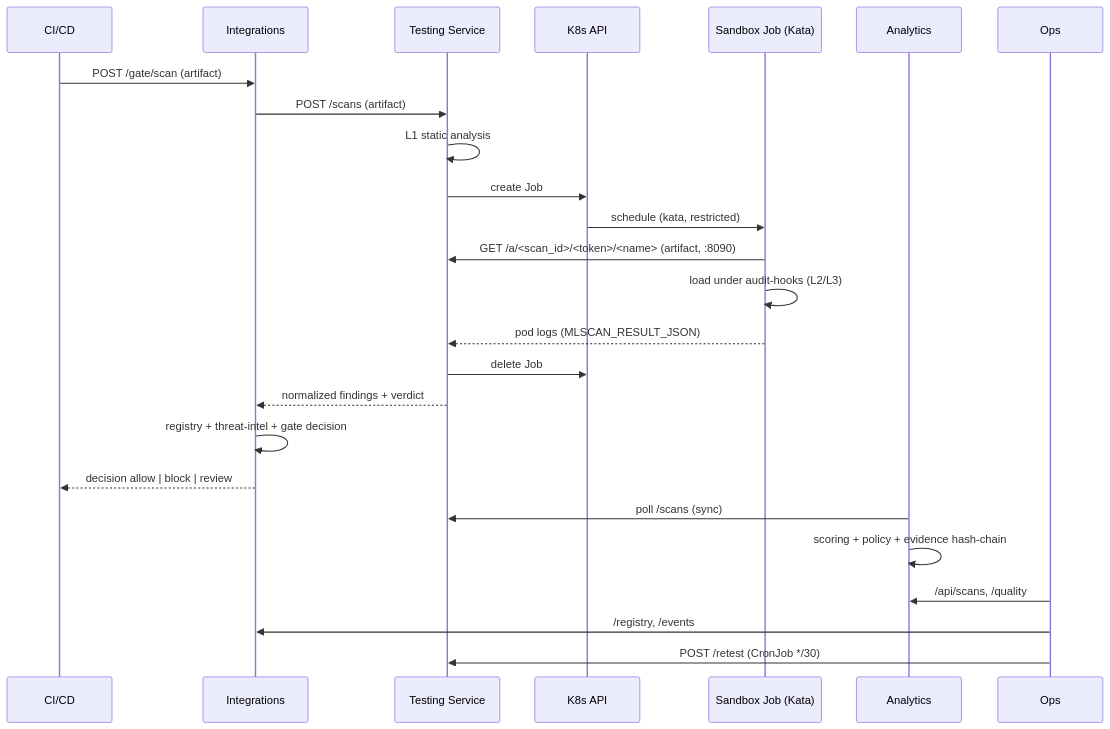
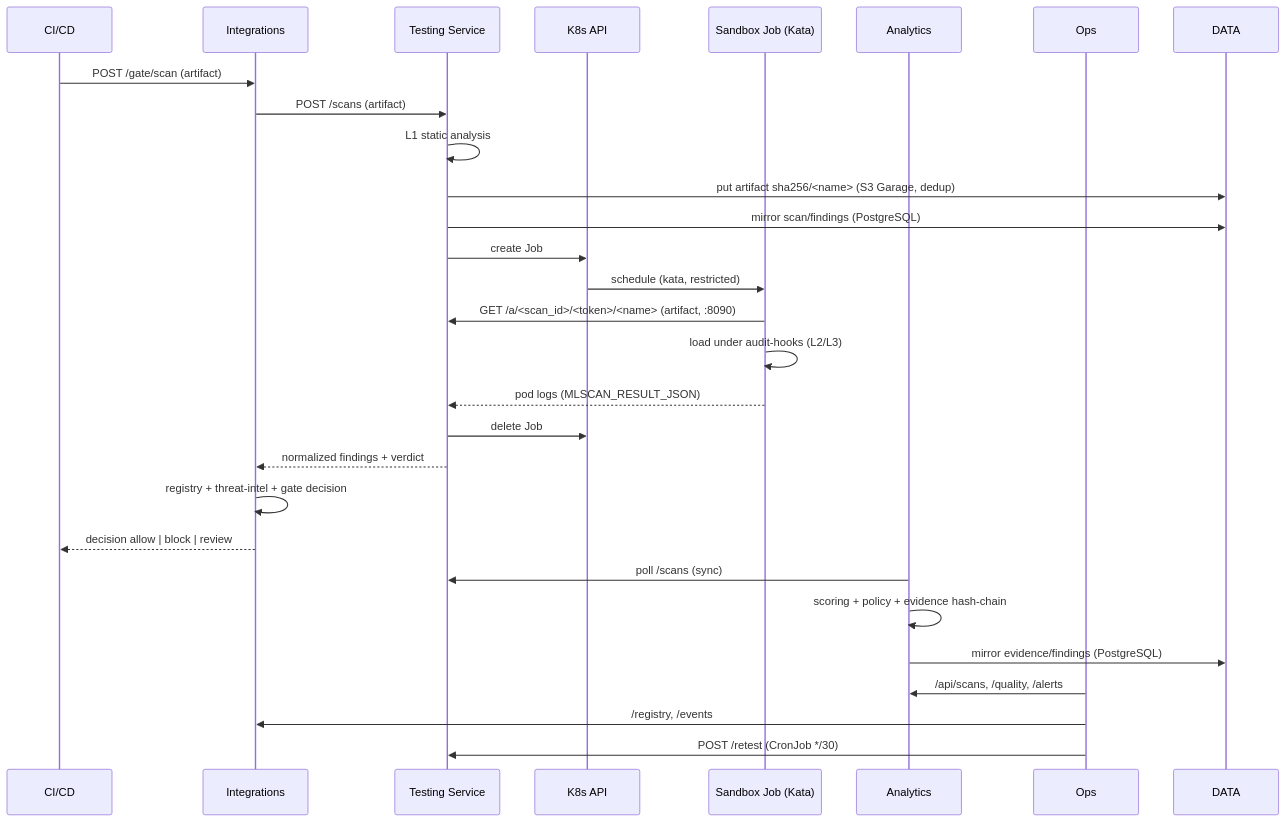
Before and after one commit to pol4/MLScan: the second of 2 diagrams in docs/en/07-implemented-architecture.md, drawn with Mermaid. The commit also changed other lines of this file and 13 other files, not shown here.

````diff
--- a/docs/en/07-implemented-architecture.md
+++ b/docs/en/07-implemented-architecture.md
@@ -251,28 +306,31 @@
 ```mermaid
 sequenceDiagram
   participant CI as CI/CD
   participant INT as Integrations
   participant TS as Testing Service
   participant K8S as K8s API
   participant SB as Sandbox Job (Kata)
   participant AN as Analytics
   participant OP as Ops
 
   CI->>INT: POST /gate/scan (artifact)
   INT->>TS: POST /scans (artifact)
   TS->>TS: L1 static analysis
+  TS->>DATA: put artifact sha256/<name> (S3 Garage, dedup)
+  TS->>DATA: mirror scan/findings (PostgreSQL)
   TS->>K8S: create Job
   K8S->>SB: schedule (kata, restricted)
   SB->>TS: GET /a/<scan_id>/<token>/<name> (artifact, :8090)
   SB->>SB: load under audit-hooks (L2/L3)
   SB-->>TS: pod logs (MLSCAN_RESULT_JSON)
   TS->>K8S: delete Job
   TS-->>INT: normalized findings + verdict
   INT->>INT: registry + threat-intel + gate decision
   INT-->>CI: decision allow | block | review
   AN->>TS: poll /scans (sync)
   AN->>AN: scoring + policy + evidence hash-chain
-  OP->>AN: /api/scans, /quality
+  AN->>DATA: mirror evidence/findings (PostgreSQL)
+  OP->>AN: /api/scans, /quality, /alerts
   OP->>INT: /registry, /events
   OP->>TS: POST /retest (CronJob */30)
 ```
````
